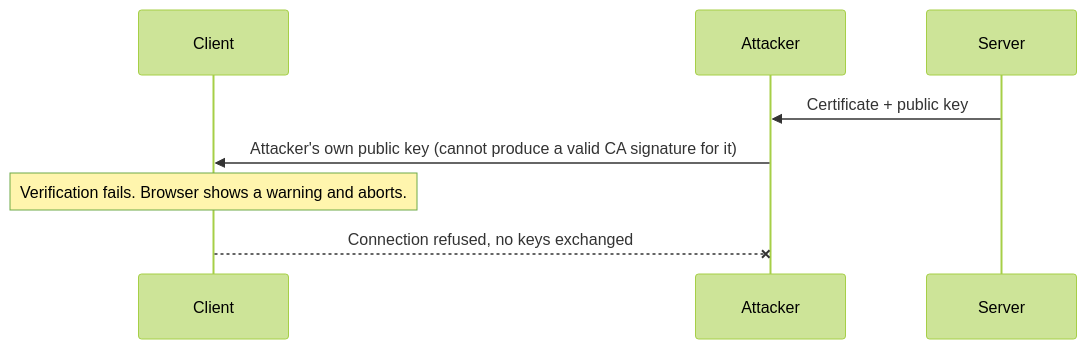
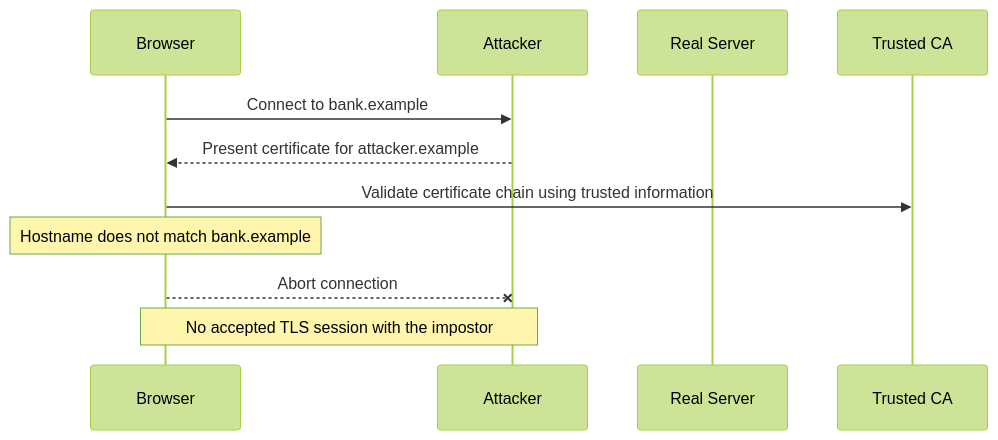
One commit to HARRISAMIN432/system-design-hld changed diagram 11 of 13 in 13_How_HTTPs_Works/README.md. Above: the diagram before and after it, drawn with Mermaid (forest theme). The commit also changed other lines of this file and 11 other files, not shown here.

````diff
--- a/13_How_HTTPs_Works/README.md
+++ b/13_How_HTTPs_Works/README.md
@@ -254,10 +665,14 @@
 ```mermaid
 sequenceDiagram
-    participant C as Client
-    participant H as Attacker
-    participant S as Server
-    S->>H: Certificate + public key
-    H->>C: Attacker's own public key (cannot produce a valid CA signature for it)
-    Note over C: Verification fails. Browser shows a warning and aborts.
-    C--xH: Connection refused, no keys exchanged
+    participant C as Browser
+    participant A as Attacker
+    participant S as Real Server
+    participant CA as Trusted CA
+
+    C->>A: Connect to bank.example
+    A-->>C: Present certificate for attacker.example
+    C->>CA: Validate certificate chain using trusted information
+    Note over C: Hostname does not match bank.example
+    C--xA: Abort connection
+    Note over C,A: No accepted TLS session with the impostor
 ```
````
